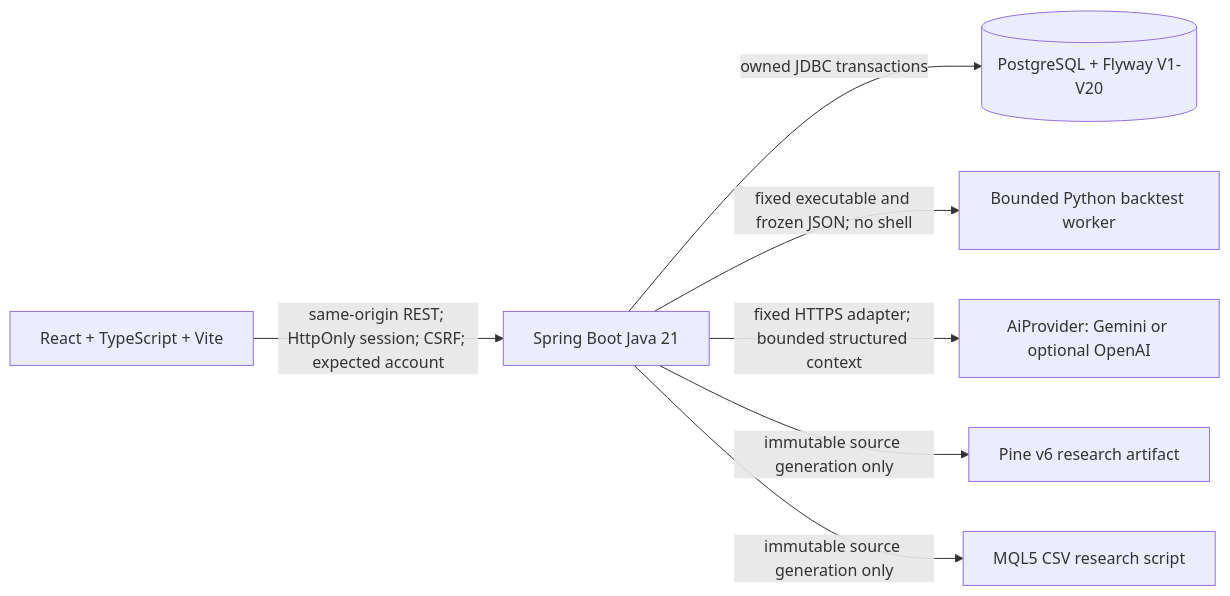
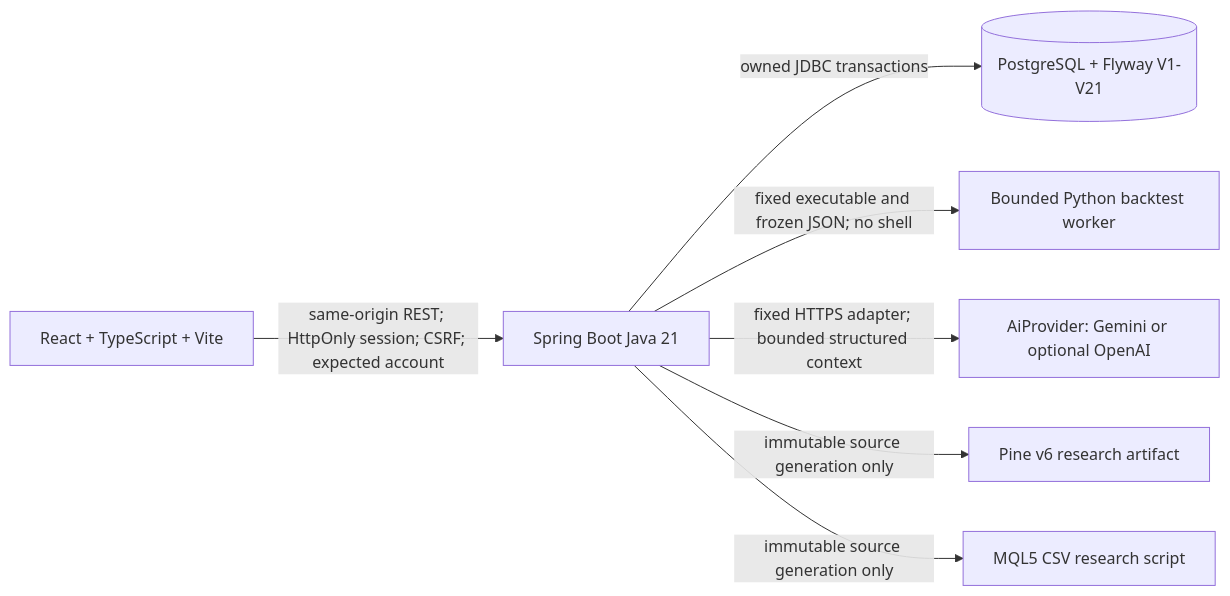
The first of 5 diagrams in docs/architecture.md (tranbaohoang10/AITrading), drawn with Mermaid before and after one commit. The commit also changed other lines of this file and 52 other files, not shown here.

````diff
--- a/docs/architecture.md
+++ b/docs/architecture.md
@@ -11,16 +11,16 @@
 ```mermaid
 flowchart LR
   Browser[React + TypeScript + Vite]
   API[Spring Boot Java 21]
-  DB[(PostgreSQL + Flyway V1-V20)]
+  DB[(PostgreSQL + Flyway V1-V21)]
   Python[Bounded Python backtest worker]
   AI[AiProvider: Gemini or optional OpenAI]
   Pine[Pine v6 research artifact]
   MQL[MQL5 CSV research script]
   Browser -->|same-origin REST; HttpOnly session; CSRF; expected account| API
   API -->|owned JDBC transactions| DB
   API -->|fixed executable and frozen JSON; no shell| Python
   API -->|fixed HTTPS adapter; bounded structured context| AI
   API -->|immutable source generation only| Pine
   API -->|immutable source generation only| MQL
 ```
````
